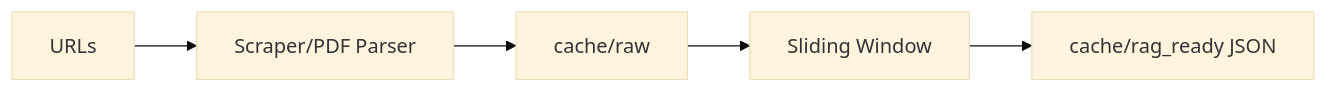
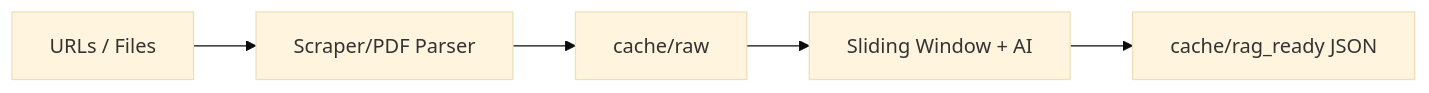
Before and after one commit to susom/rag_scrape_pipeline: the first of 2 diagrams in README.md, drawn with Mermaid (base theme). The commit also changed other lines of this file and 25 other files, not shown here.

````diff
--- a/README.md
+++ b/README.md
@@ -35,5 +38,5 @@
 ```mermaid
 flowchart LR
-    A[URLs] --> B[Scraper/PDF Parser] --> C[cache/raw]
-    C --> D[Sliding Window] --> E[cache/rag_ready JSON]
+    A[URLs / Files] --> B[Scraper/PDF Parser] --> C[cache/raw]
+    C --> D[Sliding Window + AI] --> E[cache/rag_ready JSON]
 ```
````
